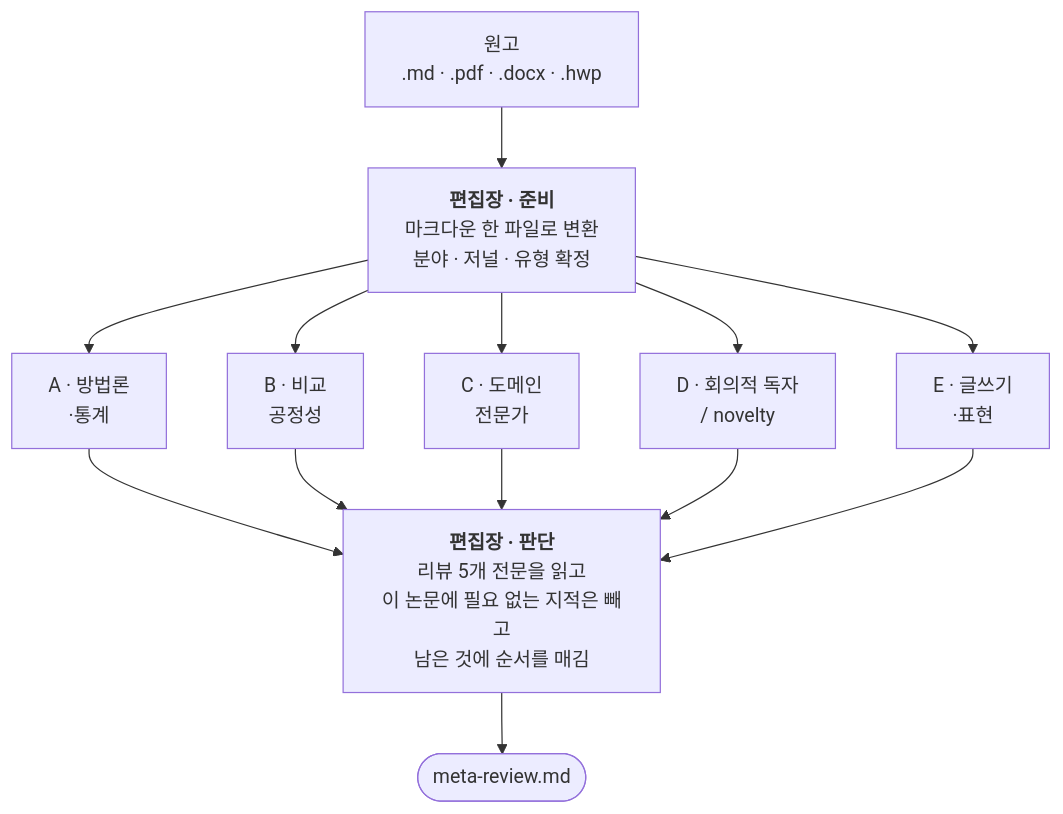
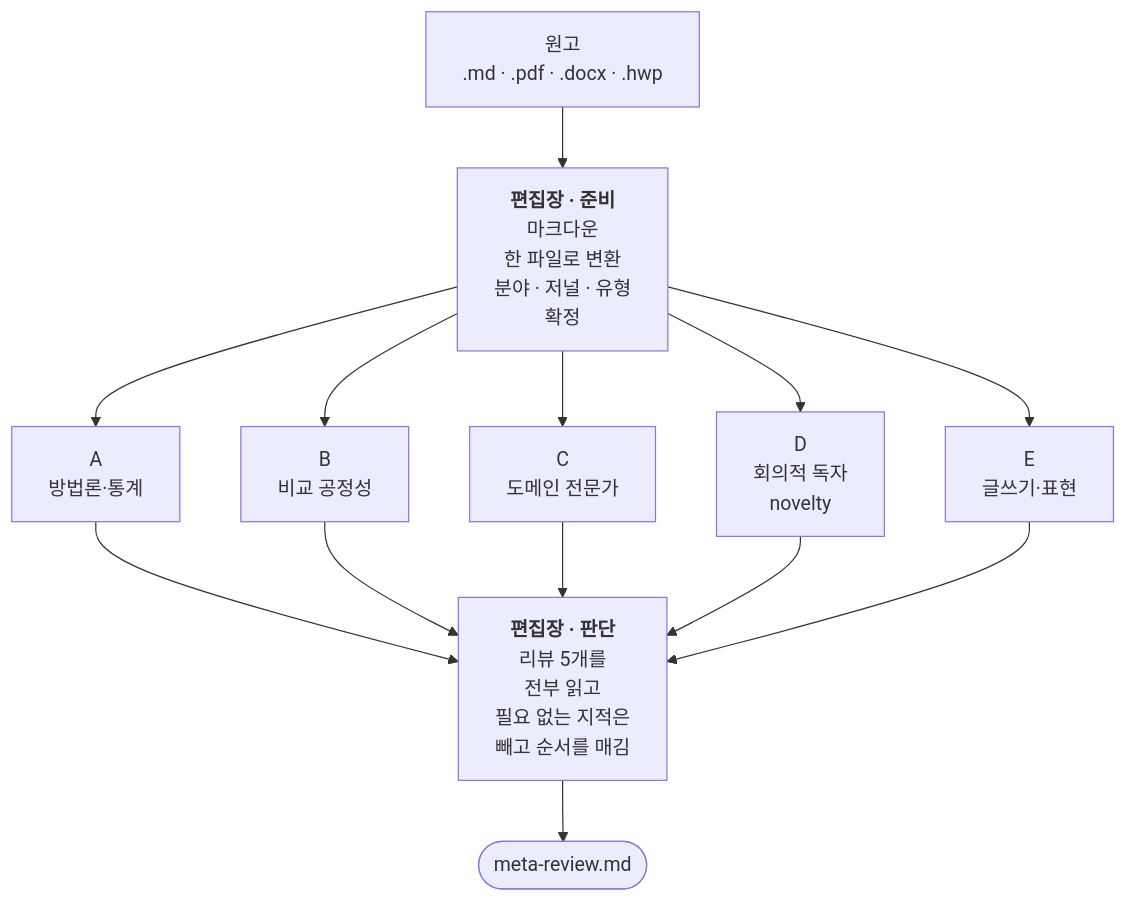
The diagram in README.ko.md (ByunghoChae/reviewer-team), drawn with Mermaid before and after one commit.

Commit message:
README.ko.md: 흐름도 상자 안 한국어 줄바꿈 정리

````diff
--- a/README.ko.md
+++ b/README.ko.md
@@ -39,17 +39,17 @@
 ```mermaid
 flowchart TD
     M["원고<br>.md · .pdf · .docx · .hwp"]
-    E1["<b>편집장 · 준비</b><br>마크다운 한 파일로 변환<br>분야 · 저널 · 유형 확정"]
-    A["A · 방법론<br>·통계"]
-    B["B · 비교<br>공정성"]
-    C["C · 도메인<br>전문가"]
-    D["D · 회의적 독자<br>/ novelty"]
-    W["E · 글쓰기<br>·표현"]
-    E2["<b>편집장 · 판단</b><br>리뷰 5개 전문을 읽고<br>이 논문에 필요 없는 지적은 빼고<br>남은 것에 순서를 매김"]
+    E1["<b>편집장 · 준비</b><br>마크다운<br>한 파일로 변환<br>분야 · 저널 · 유형<br>확정"]
+    A["A<br>방법론·통계"]
+    B["B<br>비교 공정성"]
+    C["C<br>도메인 전문가"]
+    D["D<br>회의적 독자<br>novelty"]
+    W["E<br>글쓰기·표현"]
+    E2["<b>편집장 · 판단</b><br>리뷰 5개를<br>전부 읽고<br>필요 없는 지적은<br>빼고 순서를 매김"]
     OUT(["meta-review.md"])
 
     M --> E1
     E1 --> A & B & C & D & W
     A & B & C & D & W --> E2
     E2 --> OUT
 ```
````
